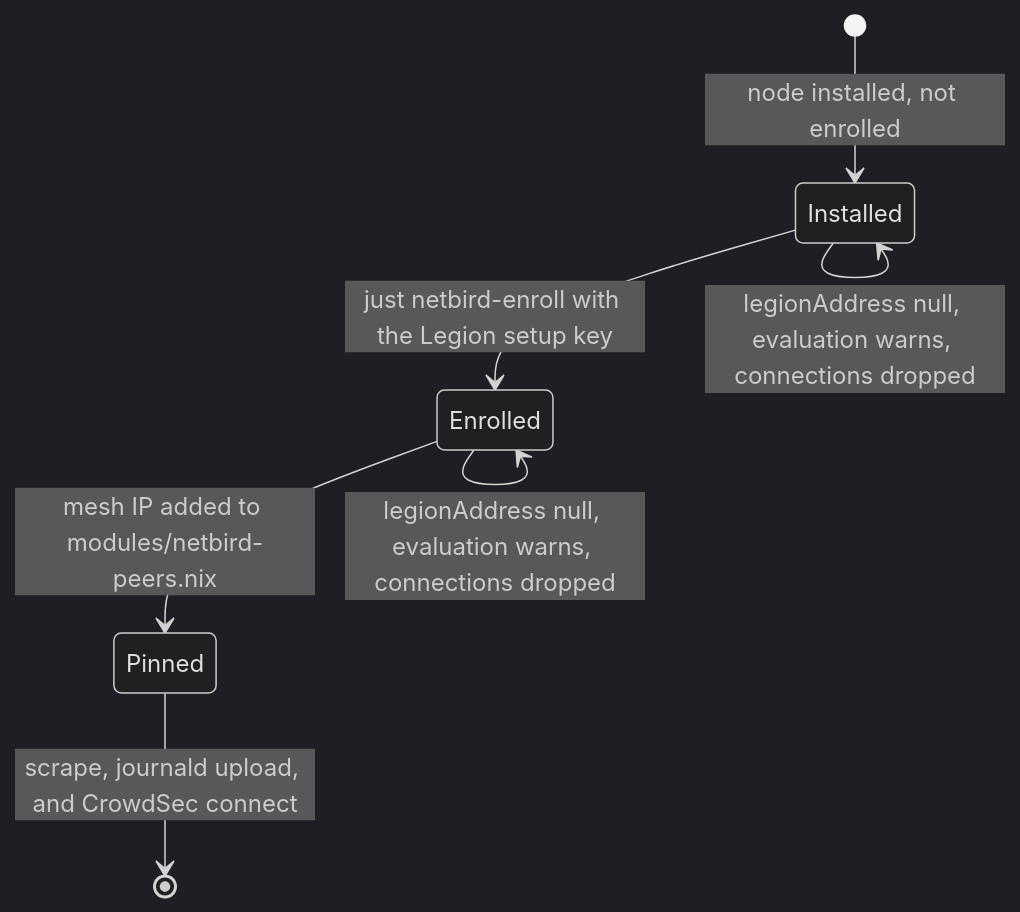
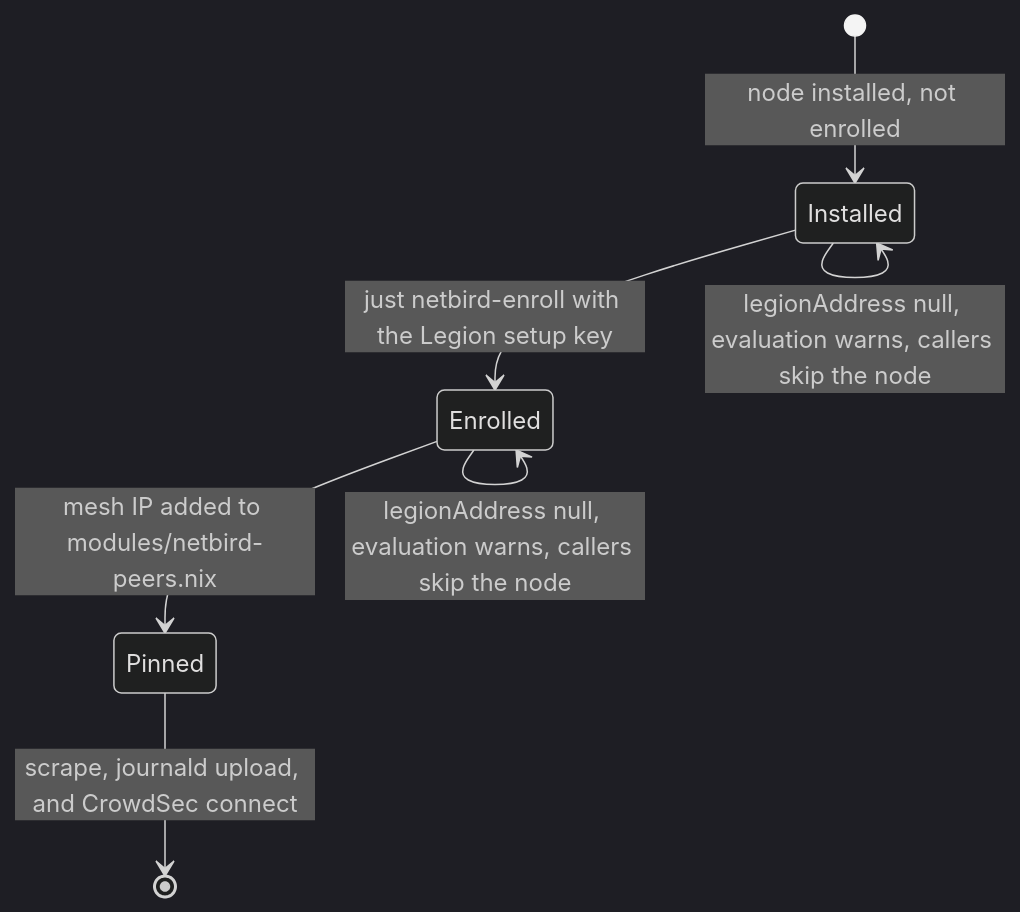
Before and after one commit to jeiang/.dotfiles: the sixth of 6 diagrams in docs/state-machines.md, drawn with Mermaid (dark theme). The commit also changed other lines of this file and 1 other file, not shown here.

First line of the commit message:
docs: keep only the multi-file state machine diagrams

````diff
--- a/docs/state-machines.md
+++ b/docs/state-machines.md
@@ -280,9 +97,9 @@
 ```mermaid
 stateDiagram-v2
     [*] --> Installed: node installed, not enrolled
     Installed --> Enrolled: just netbird-enroll with the Legion setup key
     Enrolled --> Pinned: mesh IP added to modules/netbird-peers.nix
-    Installed --> Installed: legionAddress null, evaluation warns, connections dropped
-    Enrolled --> Enrolled: legionAddress null, evaluation warns, connections dropped
+    Installed --> Installed: legionAddress null, evaluation warns, callers skip the node
+    Enrolled --> Enrolled: legionAddress null, evaluation warns, callers skip the node
     Pinned --> [*]: scrape, journald upload, and CrowdSec connect
 ```
````
